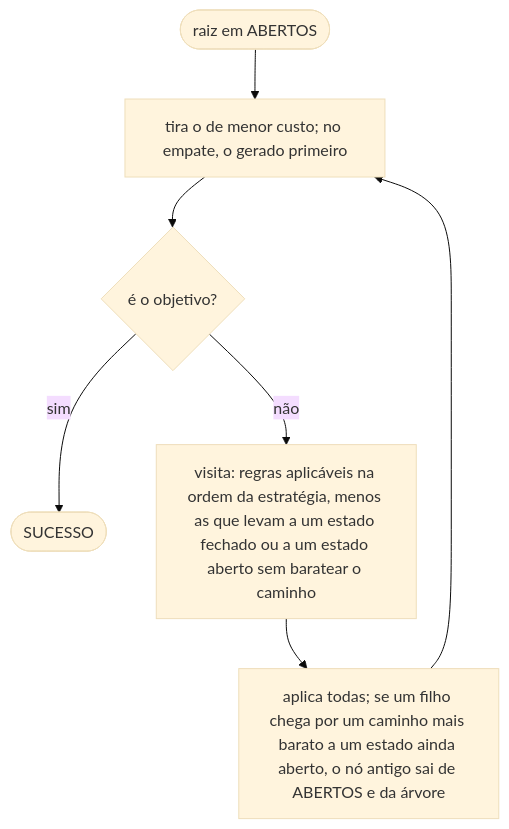
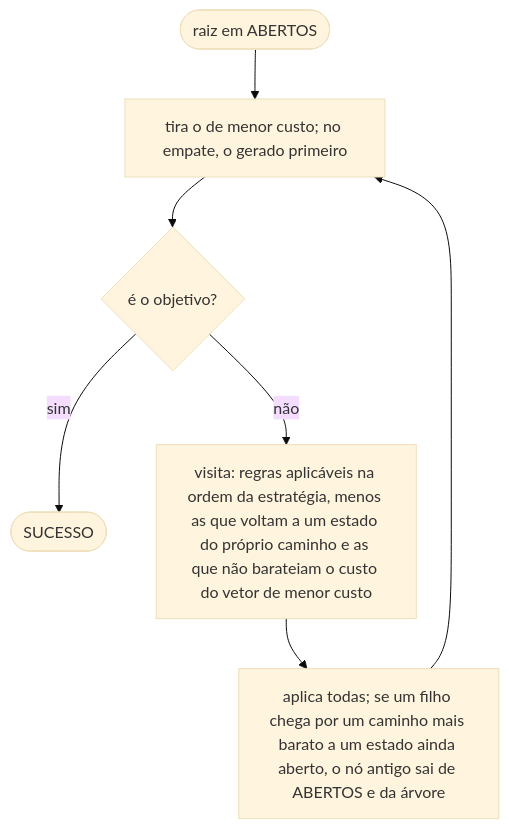
One commit to CharlesLB/dcc-014-trabalho-1 changed the fourth of 5 diagrams in README.md. Above: the diagram before and after it, drawn with Mermaid (base theme). The commit also changed other lines of this file and 4 other files, not shown here.

````diff
--- a/README.md
+++ b/README.md
@@ -188,9 +192,9 @@
 ```mermaid
 flowchart TD
     A([raiz em ABERTOS]) --> B[tira o de menor custo; no empate, o gerado primeiro]
     B --> C{é o objetivo?}
     C -- sim --> S([SUCESSO])
-    C -- não --> V[visita: regras aplicáveis na ordem da estratégia, menos as que levam a um estado fechado ou a um estado aberto sem baratear o caminho]
+    C -- não --> V[visita: regras aplicáveis na ordem da estratégia, menos as que voltam a um estado do próprio caminho e as que não barateiam o custo do vetor de menor custo]
     V --> E[aplica todas; se um filho chega por um caminho mais barato a um estado ainda aberto, o nó antigo sai de ABERTOS e da árvore]
     E --> B
 ```
````
